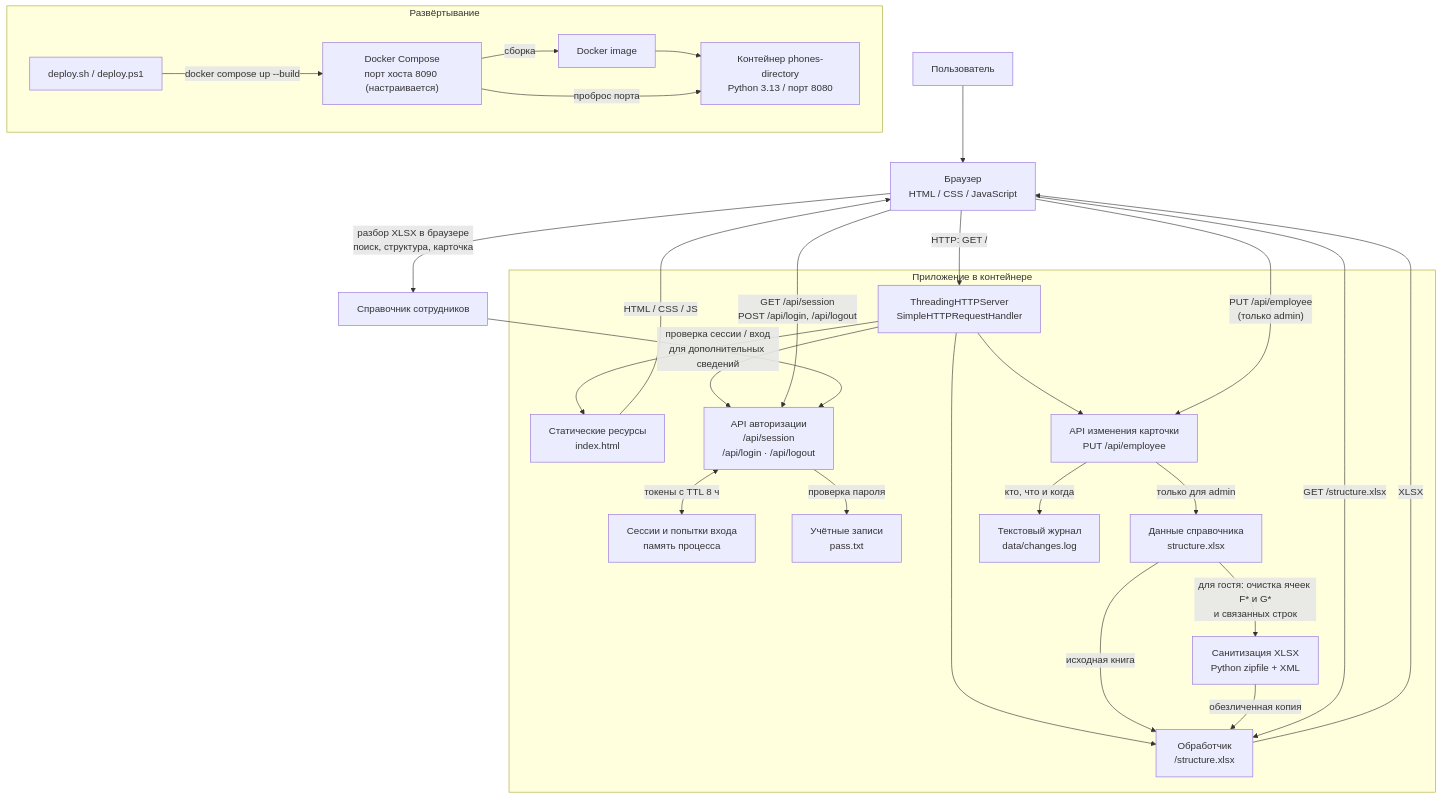
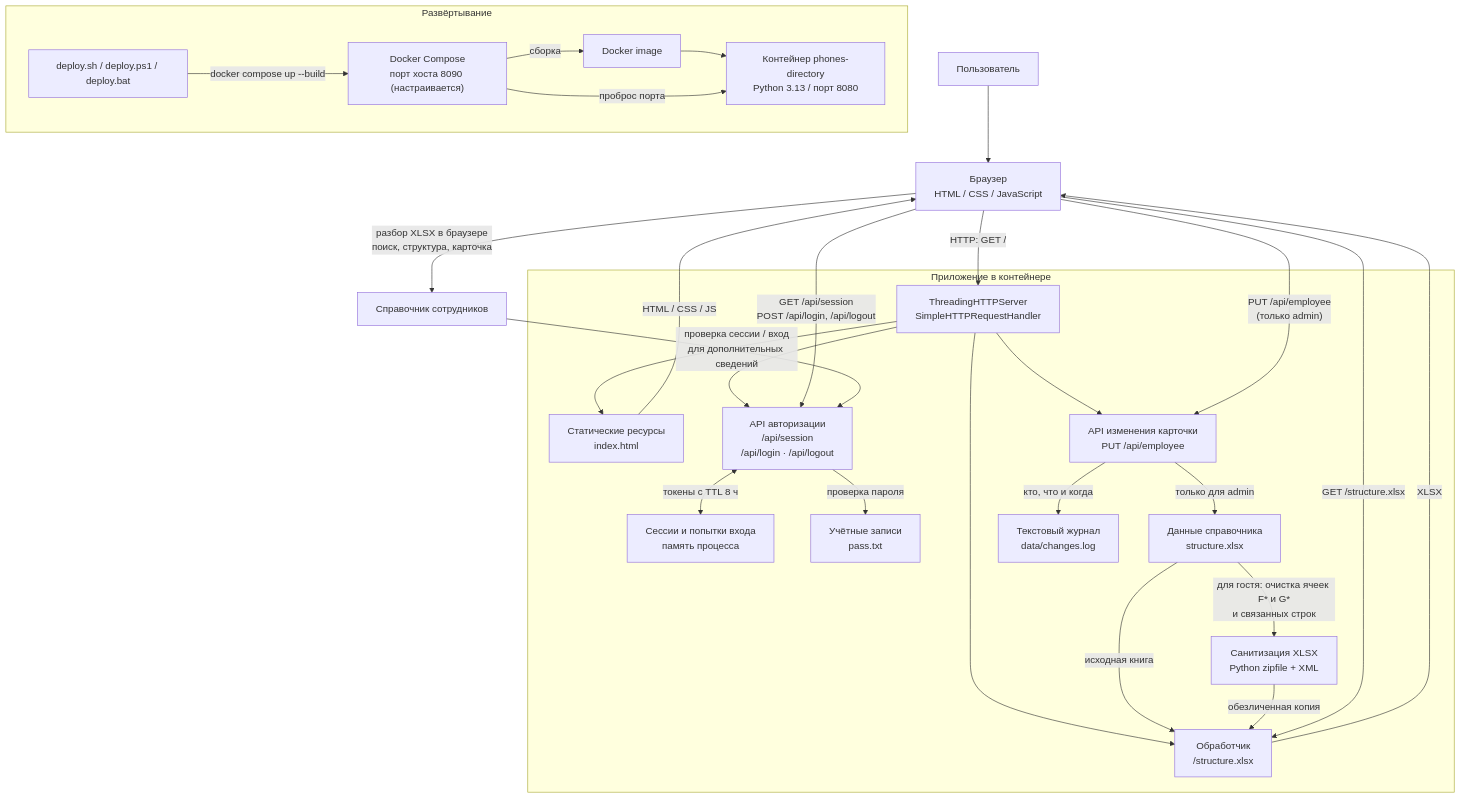
Before and after one commit to mobiskif/phones: the diagram in docs/architecture.md, drawn with Mermaid. The commit also changed other lines of this file and 4 other files, not shown here.

````diff
--- a/docs/architecture.md
+++ b/docs/architecture.md
@@ -3,50 +3,50 @@
 ```mermaid
 flowchart TB
     subgraph deploy["Развёртывание"]
-        deployScript["deploy.sh / deploy.ps1"]
+        deployScript["deploy.sh / deploy.ps1 / deploy.bat"]
         compose["Docker Compose<br/>порт хоста 8090 (настраивается)"]
         container["Контейнер phones-directory<br/>Python 3.13 / порт 8080"]
         image["Docker image"]
         deployScript -->|"docker compose up --build"| compose
         compose -->|"сборка"| image
         image --> container
         compose -->|"проброс порта"| container
     end
 
     user["Пользователь"]
     browser["Браузер<br/>HTML / CSS / JavaScript"]
 
     subgraph app["Приложение в контейнере"]
         http["ThreadingHTTPServer<br/>SimpleHTTPRequestHandler"]
         static["Статические ресурсы<br/>index.html"]
         api["API авторизации<br/>/api/session<br/>/api/login · /api/logout"]
         workbookEndpoint["Обработчик<br/>/structure.xlsx"]
         editApi["API изменения карточки<br/>PUT /api/employee"]
         sessions["Сессии и попытки входа<br/>память процесса"]
         accounts["Учётные записи<br/>pass.txt"]
         workbook["Данные справочника<br/>structure.xlsx"]
         changeLog["Текстовый журнал<br/>data/changes.log"]
 
         http --> static
         http --> api
         http --> workbookEndpoint
         http --> editApi
         api -->|"проверка пароля"| accounts
         api <-->|"токены с TTL 8 ч"| sessions
         workbook -->|"исходная книга"| workbookEndpoint
         editApi -->|"только для admin"| workbook
         editApi -->|"кто, что и когда"| changeLog
         workbook -->|"для гостя: очистка ячеек F* и G*<br/>и связанных строк"| sanitizer["Санитизация XLSX<br/>Python zipfile + XML"]
         sanitizer -->|"обезличенная копия"| workbookEndpoint
     end
 
     user --> browser
     browser -->|"HTTP: GET /"| http
     browser -->|"GET /api/session<br/>POST /api/login, /api/logout"| api
     browser -->|"PUT /api/employee<br/>(только admin)"| editApi
     browser -->|"GET /structure.xlsx"| workbookEndpoint
     static -->|"HTML / CSS / JS"| browser
     workbookEndpoint -->|"XLSX"| browser
     browser -->|"разбор XLSX в браузере<br/>поиск, структура, карточка"| ui["Справочник сотрудников"]
     ui -->|"проверка сессии / вход<br/>для дополнительных сведений"| api
 ```
````
